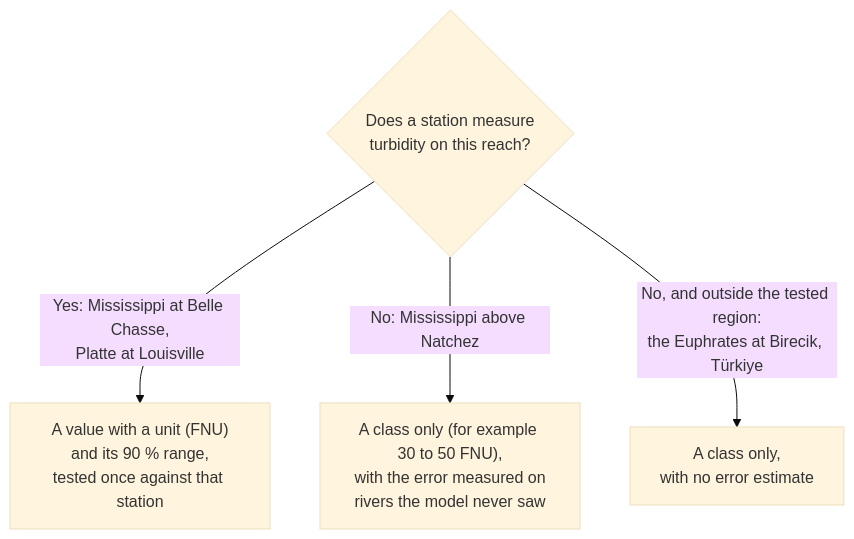
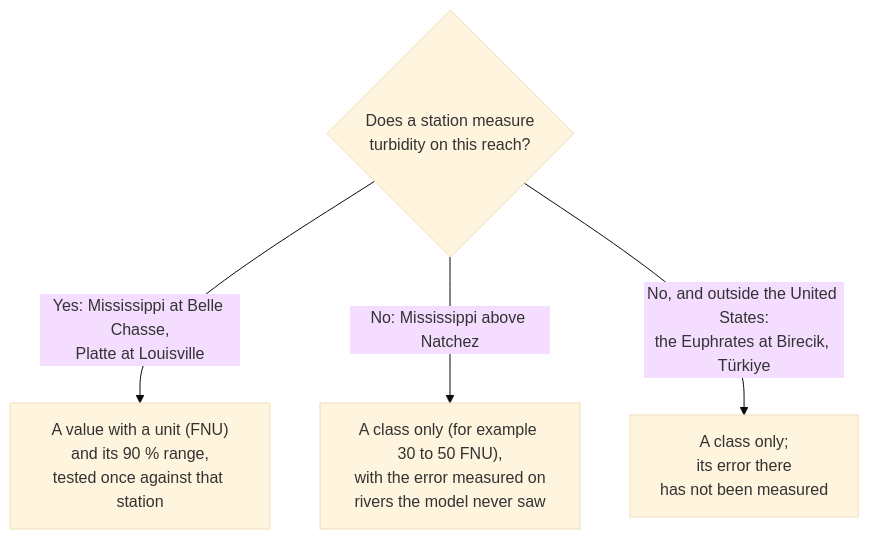
Before and after one commit to saulo1112/RiverEtch: the second of 2 diagrams in README.md, drawn with Mermaid (base theme). The commit also changed other lines of this file and 35 other files, not shown here.

````diff
--- a/README.md
+++ b/README.md
@@ -77,7 +77,7 @@
 ```mermaid
 flowchart TD
   Q{"Does a station measure<br/>turbidity on this reach?"}
   Q -->|"Yes: Mississippi at Belle Chasse,<br/>Platte at Louisville"| A["A value with a unit (FNU)<br/>and its 90 % range,<br/>tested once against that station"]
   Q -->|"No: Mississippi above Natchez"| B["A class only (for example 30 to 50 FNU),<br/>with the error measured on<br/>rivers the model never saw"]
-  Q -->|"No, and outside the tested region:<br/>the Euphrates at Birecik, Türkiye"| C["A class only,<br/>with no error estimate"]
+  Q -->|"No, and outside the United States:<br/>the Euphrates at Birecik, Türkiye"| C["A class only;<br/>its error there<br/>has not been measured"]
 ```
````
